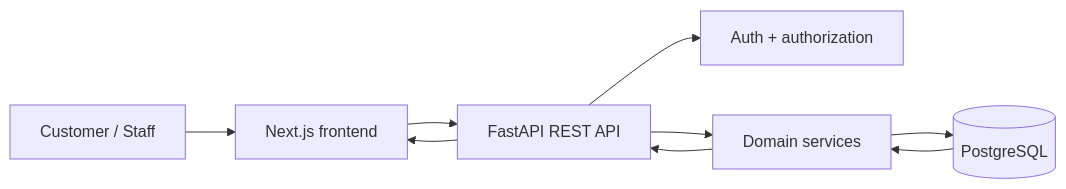
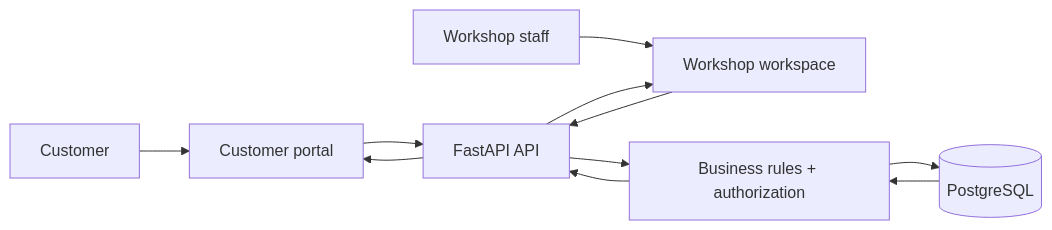
Before and after one commit to faizansaiyed123/autofix_frontend: the diagram in docs/testing/VISUAL-TEST-WALKTHROUGH.md, drawn with Mermaid. The commit also changed other lines of this file and 1 other file, not shown here.

````diff
--- a/docs/testing/VISUAL-TEST-WALKTHROUGH.md
+++ b/docs/testing/VISUAL-TEST-WALKTHROUGH.md
@@ -15,9 +21,12 @@
 ```mermaid
 flowchart LR
-  U[Customer / Staff] --> FE[Next.js frontend]
-  FE --> API[FastAPI REST API]
-  API --> AUTH[Auth + authorization]
-  API --> SVC[Domain services]
-  SVC --> DB[(PostgreSQL)]
-  DB --> SVC --> API --> FE
+  C[Customer] --> P[Customer portal]
+  S[Workshop staff] --> W[Workshop workspace]
+  P --> A[FastAPI API]
+  W --> A
+  A --> R[Business rules + authorization]
+  R --> DB[(PostgreSQL)]
+  DB --> R --> A
+  A --> P
+  A --> W
 ```
````
